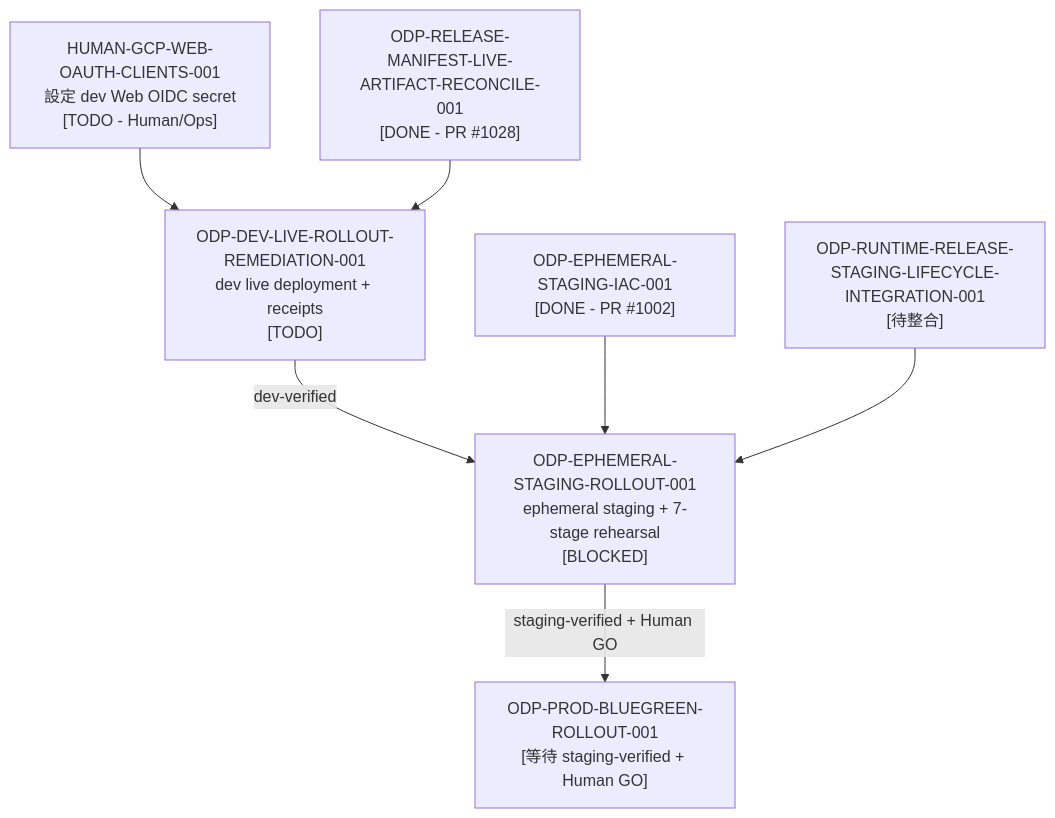
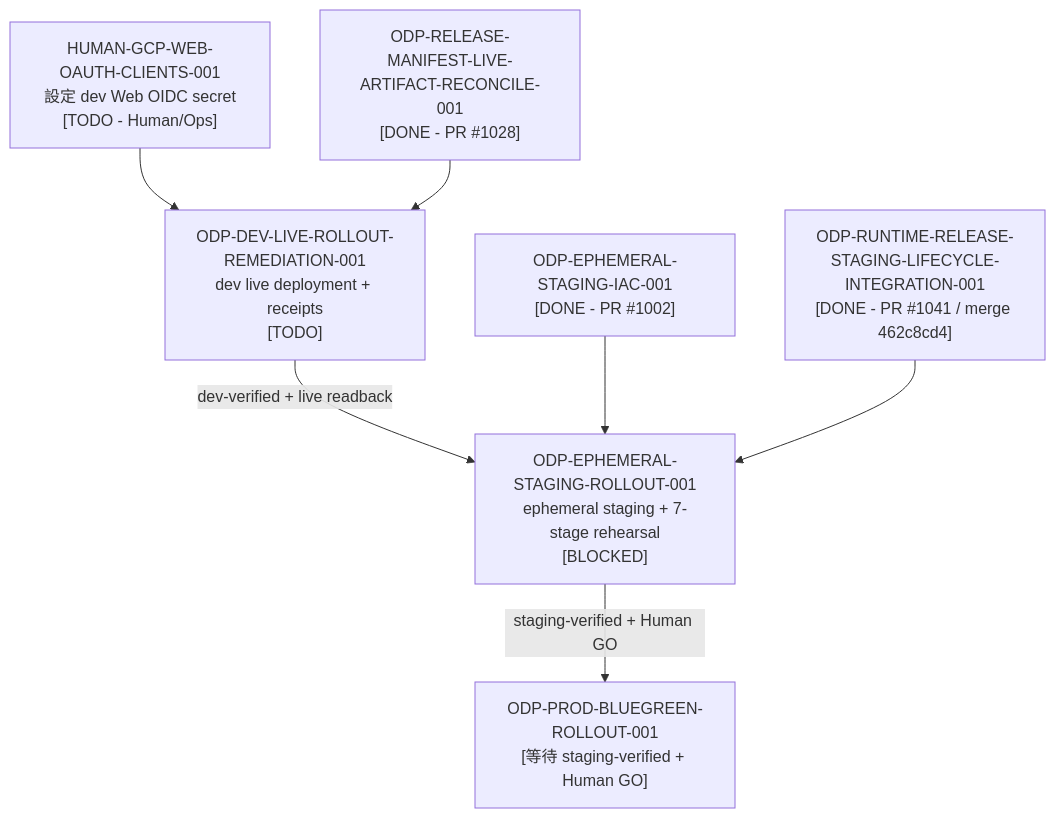
The diagram in support/sidecars/ODP-EPHEMERAL-STAGING-ROLLOUT-001/ODP-EPHEMERAL-STAGING-ROLLOUT-0-SIDECAR-C1E25549.md (alfloop-dev/odayplus), drawn with Mermaid before and after one commit. The commit also changed other lines of this file, not shown here.

First line of the commit message:
ODP-EPHEMERAL-STAGING-ROLLOUT-0-SIDECAR-C1E25549: 修訂診斷包與驗證數據

````diff
--- a/support/sidecars/ODP-EPHEMERAL-STAGING-ROLLOUT-001/ODP-EPHEMERAL-STAGING-ROLLOUT-0-SIDECAR-C1E25549.md
+++ b/support/sidecars/ODP-EPHEMERAL-STAGING-ROLLOUT-001/ODP-EPHEMERAL-STAGING-ROLLOUT-0-SIDECAR-C1E25549.md
@@ -74,17 +74,17 @@
 ```mermaid
 flowchart TD
     OAUTH["HUMAN-GCP-WEB-OAUTH-CLIENTS-001<br/>設定 dev Web OIDC secret<br/>[TODO - Human/Ops]"]
     IAC["ODP-EPHEMERAL-STAGING-IAC-001<br/>[DONE - PR #1002]"]
     MANIFEST["ODP-RELEASE-MANIFEST-LIVE-ARTIFACT-RECONCILE-001<br/>[DONE - PR #1028]"]
-    LIFECYCLE["ODP-RUNTIME-RELEASE-STAGING-LIFECYCLE-INTEGRATION-001<br/>[待整合]"]
+    LIFECYCLE["ODP-RUNTIME-RELEASE-STAGING-LIFECYCLE-INTEGRATION-001<br/>[DONE - PR #1041 / merge 462c8cd4]"]
     DEV["ODP-DEV-LIVE-ROLLOUT-REMEDIATION-001<br/>dev live deployment + receipts<br/>[TODO]"]
     STAGING["ODP-EPHEMERAL-STAGING-ROLLOUT-001<br/>ephemeral staging + 7-stage rehearsal<br/>[BLOCKED]"]
     PROD["ODP-PROD-BLUEGREEN-ROLLOUT-001<br/>[等待 staging-verified + Human GO]"]
 
     OAUTH --> DEV
     MANIFEST --> DEV
-    DEV -->|dev-verified| STAGING
+    DEV -->|dev-verified + live readback| STAGING
     IAC --> STAGING
     LIFECYCLE --> STAGING
     STAGING -->|staging-verified + Human GO| PROD
 ```
````
